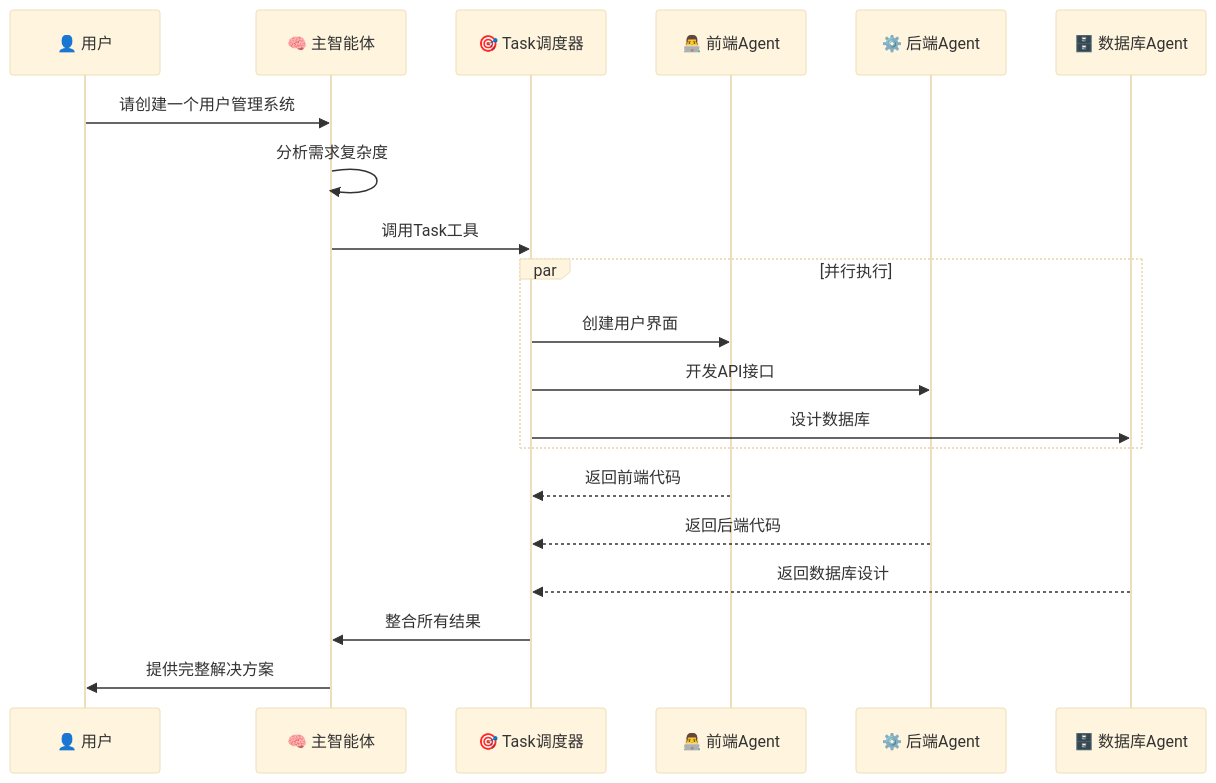
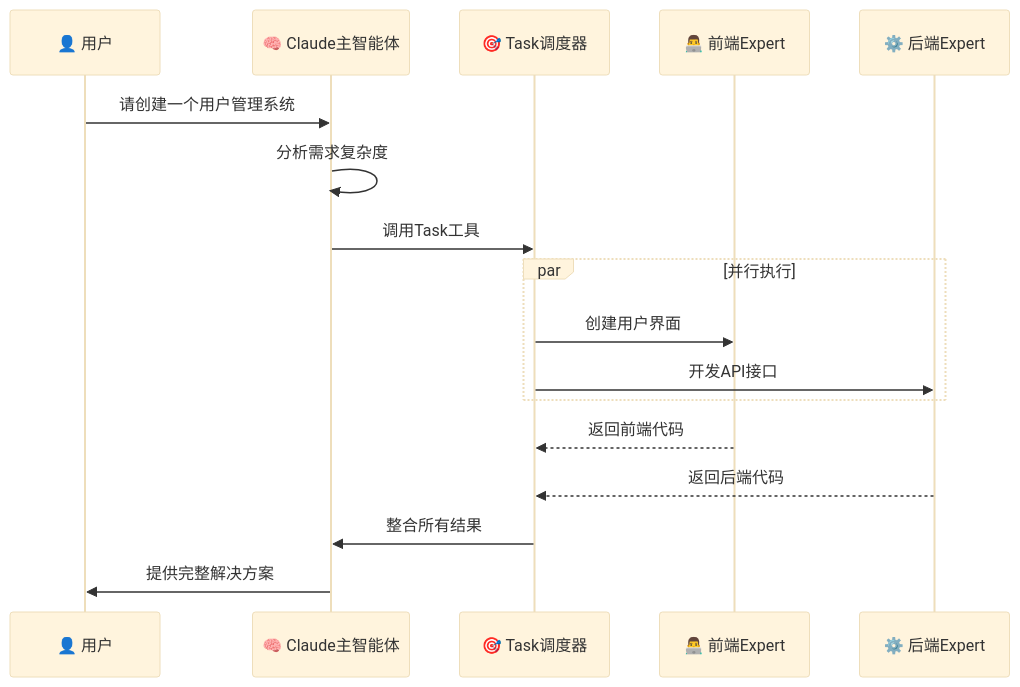
Before and after one commit to yxzf/claude-code-guide: the diagram in agent/Claude_Subagent_完整讲解.md, drawn with Mermaid (base theme). The commit also changed other lines of this file, not shown here.

````diff
--- a/agent/Claude_Subagent_完整讲解.md
+++ b/agent/Claude_Subagent_完整讲解.md
@@ -253,26 +57,23 @@
 ```mermaid
 sequenceDiagram
     participant U as 👤 用户
-    participant M as 🧠 主智能体
+    participant C as 🧠 Claude主智能体
     participant T as 🎯 Task调度器
-    participant S1 as 👨‍💻 前端Agent
-    participant S2 as ⚙️ 后端Agent
-    participant S3 as 🗄️ 数据库Agent
+    participant S1 as 👨‍💻 前端Expert
+    participant S2 as ⚙️ 后端Expert
     
-    U->>M: 请创建一个用户管理系统
-    M->>M: 分析需求复杂度
-    M->>T: 调用Task工具
+    U->>C: 请创建一个用户管理系统
+    C->>C: 分析需求复杂度
+    C->>T: 调用Task工具
     
     par 并行执行
         T->>S1: 创建用户界面
         T->>S2: 开发API接口
-        T->>S3: 设计数据库
     end
     
     S1-->>T: 返回前端代码
     S2-->>T: 返回后端代码
-    S3-->>T: 返回数据库设计
     
-    T->>M: 整合所有结果
-    M->>U: 提供完整解决方案
+    T->>C: 整合所有结果
+    C->>U: 提供完整解决方案
 ```
````
